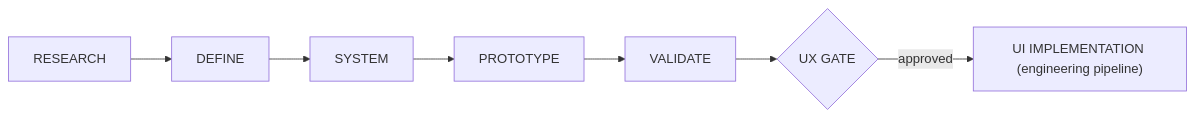
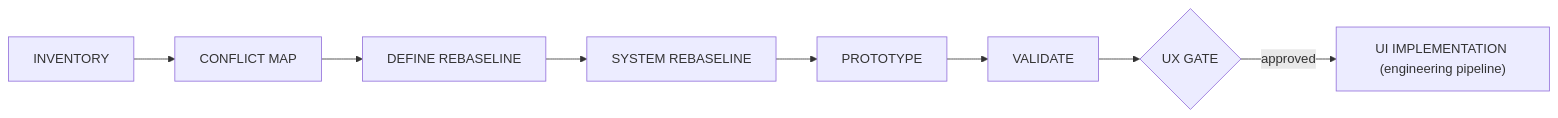
One commit to KurbatovIvann/showzy-v2 changed the diagram in docs/design/process.md. Above: the diagram before and after it, drawn with Mermaid. The commit also changed other lines of this file and 3 other files, not shown here.

````diff
--- a/docs/design/process.md
+++ b/docs/design/process.md
@@ -18,9 +17,10 @@
 ```mermaid
 flowchart LR
-  R["RESEARCH"] --> D["DEFINE"]
-  D --> S["SYSTEM"]
+  I["INVENTORY"] --> C["CONFLICT MAP"]
+  C --> D["DEFINE REBASELINE"]
+  D --> S["SYSTEM REBASELINE"]
   S --> P["PROTOTYPE"]
   P --> V["VALIDATE"]
   V --> G{"UX GATE"}
   G -->|approved| UI["UI IMPLEMENTATION (engineering pipeline)"]
 ```
````
